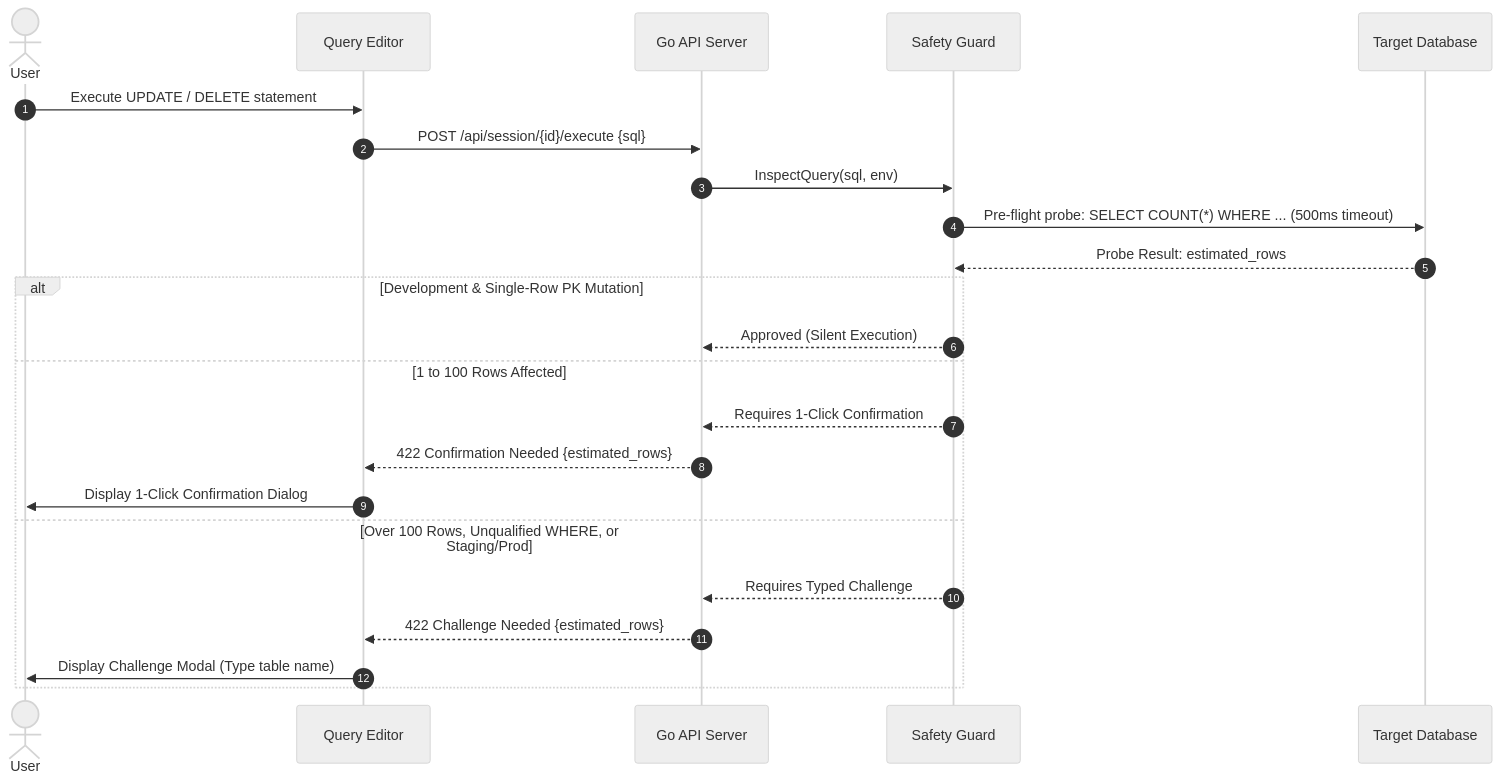
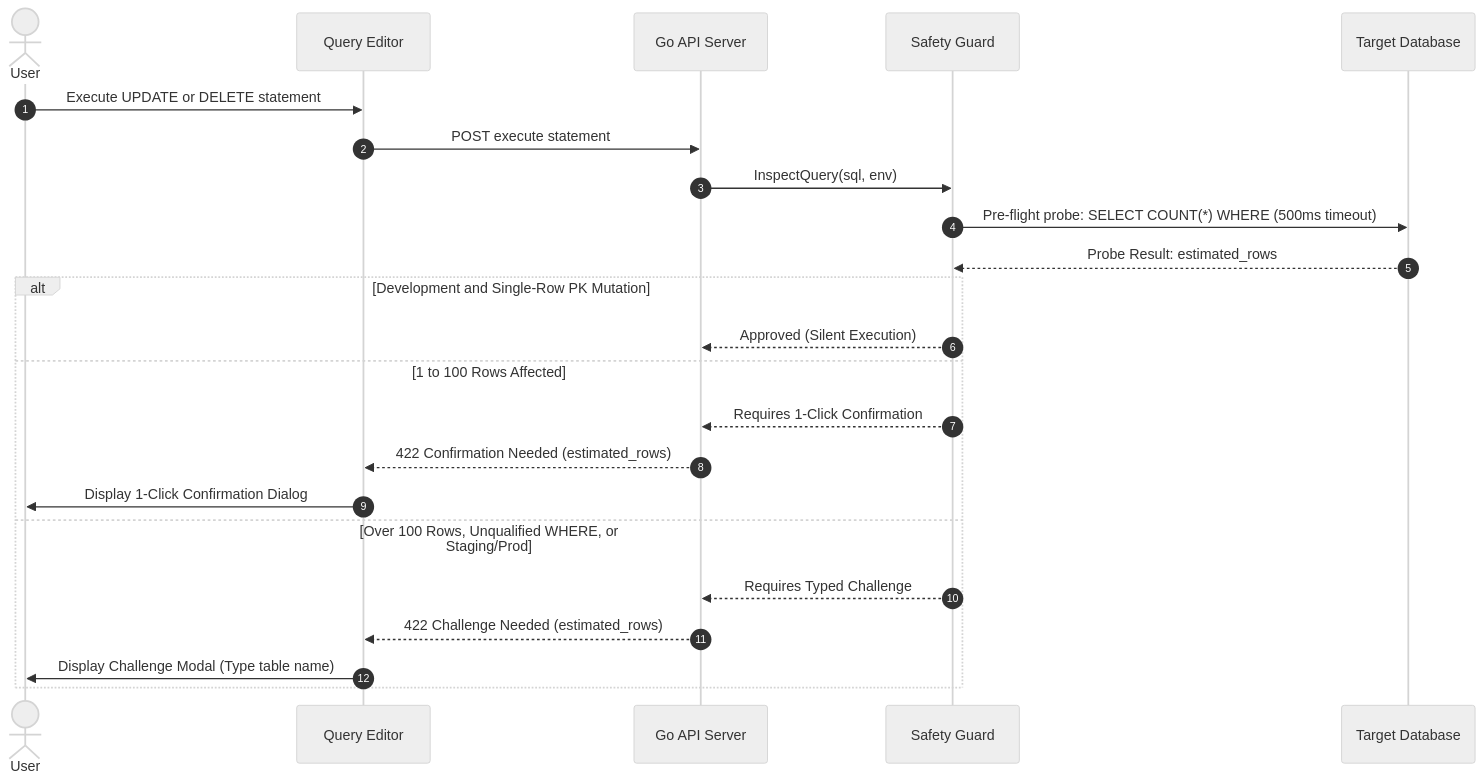
Before and after one commit to herliansyah/sqlfox: diagram 20 of 23 in ARCHITECTURE.md, drawn with Mermaid (neutral theme). The commit also changed other lines of this file and 9 other files, not shown here.

First line of the commit message:
docs: synchronize architecture, milestones, and security specs for v0.16.1 (#137)

````diff
--- a/ARCHITECTURE.md
+++ b/ARCHITECTURE.md
@@ -979,27 +993,27 @@
 ```mermaid
 sequenceDiagram
     autonumber
     actor User
     participant Editor as Query Editor
     participant Server as Go API Server
     participant Safety as Safety Guard
     participant DB as Target Database
 
-    User->>Editor: Execute UPDATE / DELETE statement
-    Editor->>Server: POST /api/session/{id}/execute {sql}
+    User->>Editor: Execute UPDATE or DELETE statement
+    Editor->>Server: POST execute statement
     Server->>Safety: InspectQuery(sql, env)
-    Safety->>DB: Pre-flight probe: SELECT COUNT(*) WHERE ... (500ms timeout)
+    Safety->>DB: Pre-flight probe: SELECT COUNT(*) WHERE (500ms timeout)
     DB-->>Safety: Probe Result: estimated_rows
 
-    alt Development & Single-Row PK Mutation
+    alt Development and Single-Row PK Mutation
         Safety-->>Server: Approved (Silent Execution)
     else 1 to 100 Rows Affected
         Safety-->>Server: Requires 1-Click Confirmation
-        Server-->>Editor: 422 Confirmation Needed {estimated_rows}
+        Server-->>Editor: 422 Confirmation Needed (estimated_rows)
         Editor->>User: Display 1-Click Confirmation Dialog
     else Over 100 Rows, Unqualified WHERE, or Staging/Prod
         Safety-->>Server: Requires Typed Challenge
-        Server-->>Editor: 422 Challenge Needed {estimated_rows}
+        Server-->>Editor: 422 Challenge Needed (estimated_rows)
         Editor->>User: Display Challenge Modal (Type table name)
     end
 ```
````
